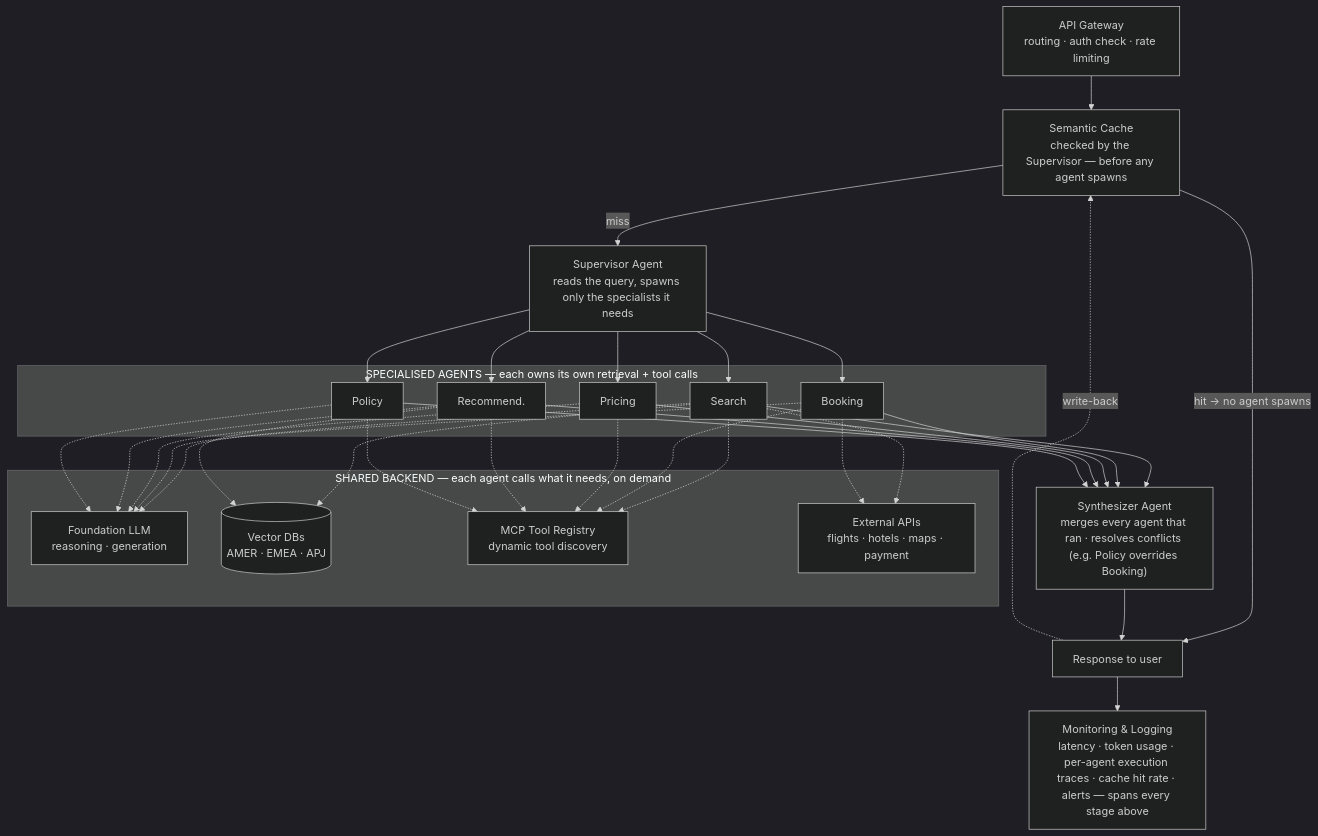
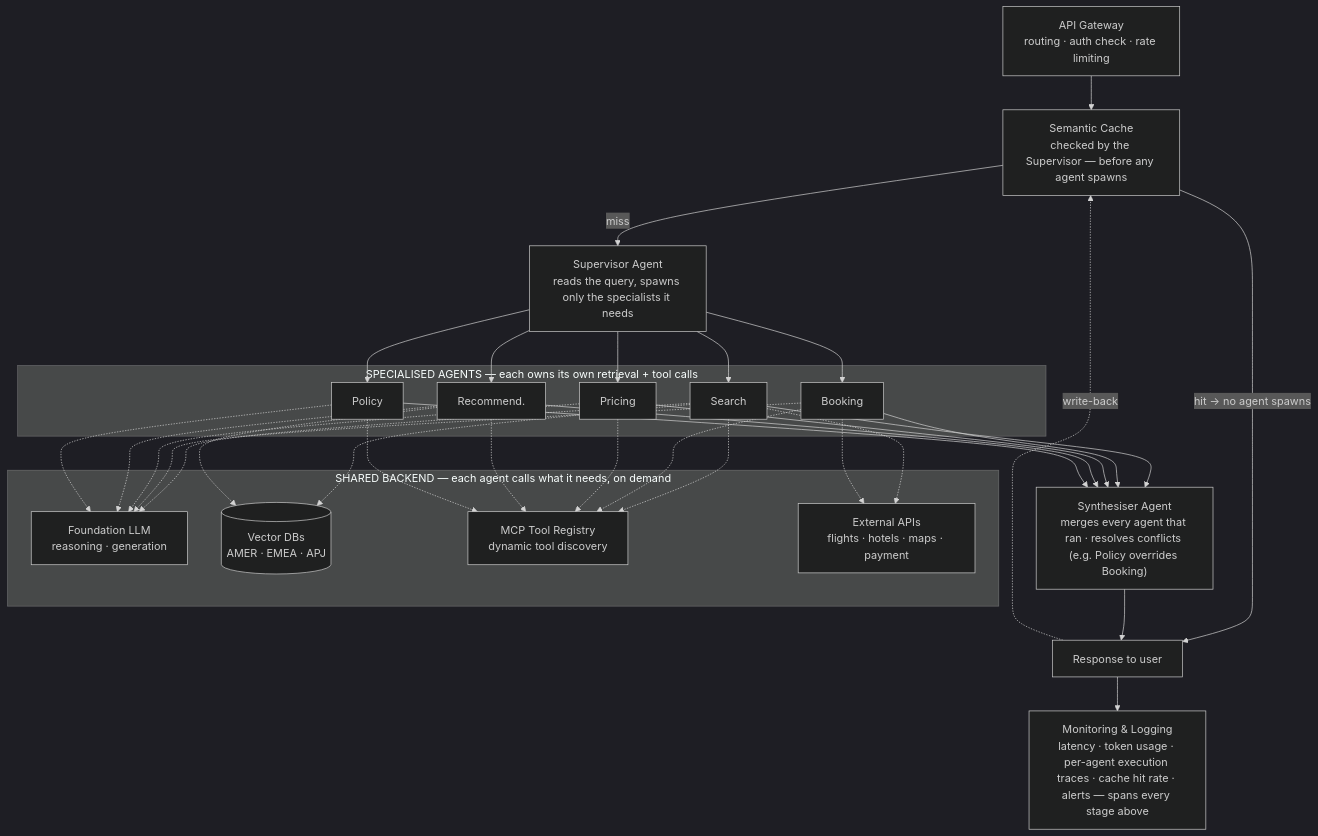
One commit to Sourav692/Forward-Deployed-Engineer-Interview-Prep changed the diagram in 02_System_Design_Case_Studies/Standalone_Designs/14_Travel_Agent_Worked_Example/2_12_Part_Framework/14_12_Part_Framework.md. Above: the diagram before and after it, drawn with Mermaid (dark theme). The commit also changed other lines of this file and 197 other files, not shown here.

````diff
--- a/02_System_Design_Case_Studies/Standalone_Designs/14_Travel_Agent_Worked_Example/2_12_Part_Framework/14_12_Part_Framework.md
+++ b/02_System_Design_Case_Studies/Standalone_Designs/14_Travel_Agent_Worked_Example/2_12_Part_Framework/14_12_Part_Framework.md
@@ -46,32 +45,32 @@
 ```mermaid
 flowchart TB
   GW["API Gateway<br/>routing · auth check · rate limiting"] --> SC["Semantic Cache<br/>checked by the Supervisor — before any agent spawns"]
   SC -- "hit → no agent spawns" --> RESP[Response to user]
   SC -- miss --> SUP["Supervisor Agent<br/>reads the query, spawns only the specialists it needs"]
 
   subgraph AGENTS["SPECIALISED AGENTS — each owns its own retrieval + tool calls"]
     A1[Search]
     A2[Booking]
     A3[Pricing]
     A4[Recommend.]
     A5[Policy]
   end
   SUP --> A1 & A2 & A3 & A4 & A5
 
   subgraph BACKEND["SHARED BACKEND — each agent calls what it needs, on demand"]
     LLM["Foundation LLM<br/>reasoning · generation"]
     VDB[("Vector DBs<br/>AMER · EMEA · APJ")]
     MCP["MCP Tool Registry<br/>dynamic tool discovery"]
     API["External APIs<br/>flights · hotels · maps · payment"]
   end
   A1 -.-> LLM & VDB & MCP & API
   A2 -.-> LLM & MCP & API
   A3 -.-> LLM & MCP
   A4 -.-> LLM & VDB & MCP
   A5 -.-> LLM & MCP
 
-  A1 & A2 & A3 & A4 & A5 --> SYN["Synthesizer Agent<br/>merges every agent that ran · resolves conflicts (e.g. Policy overrides Booking)"]
+  A1 & A2 & A3 & A4 & A5 --> SYN["Synthesiser Agent<br/>merges every agent that ran · resolves conflicts (e.g. Policy overrides Booking)"]
   SYN --> RESP
   RESP -. "write-back" .-> SC
   RESP --> MON[Monitoring & Logging<br/>latency · token usage · per-agent execution traces · cache hit rate · alerts — spans every stage above]
 ```
````
